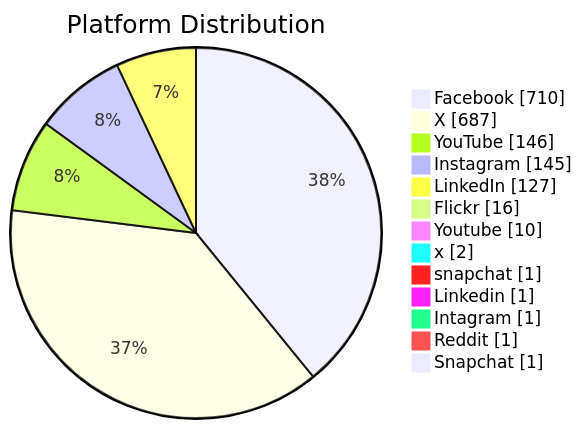
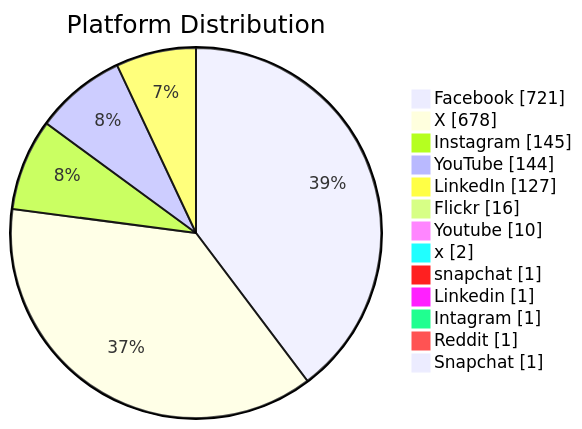
One commit to PatLittle/GC-Socials changed the second of 6 diagrams in README.md. Above: the diagram before and after it, drawn with Mermaid. The commit also changed other lines of this file, not shown here.

Commit message:
Update README with Platform Distribution pie chart

````diff
--- a/README.md
+++ b/README.md
@@ -47,16 +47,16 @@
 ```mermaid
 pie showData title Platform Distribution
-    "Facebook": 710
-    "X": 687
-    "YouTube": 146
+    "Facebook": 721
+    "X": 678
     "Instagram": 145
+    "YouTube": 144
     "LinkedIn": 127
     "Flickr": 16
     "Youtube": 10
     "x": 2
     "snapchat": 1
     "Linkedin": 1
     "Intagram": 1
     "Reddit": 1
     "Snapchat": 1
 ```
````
